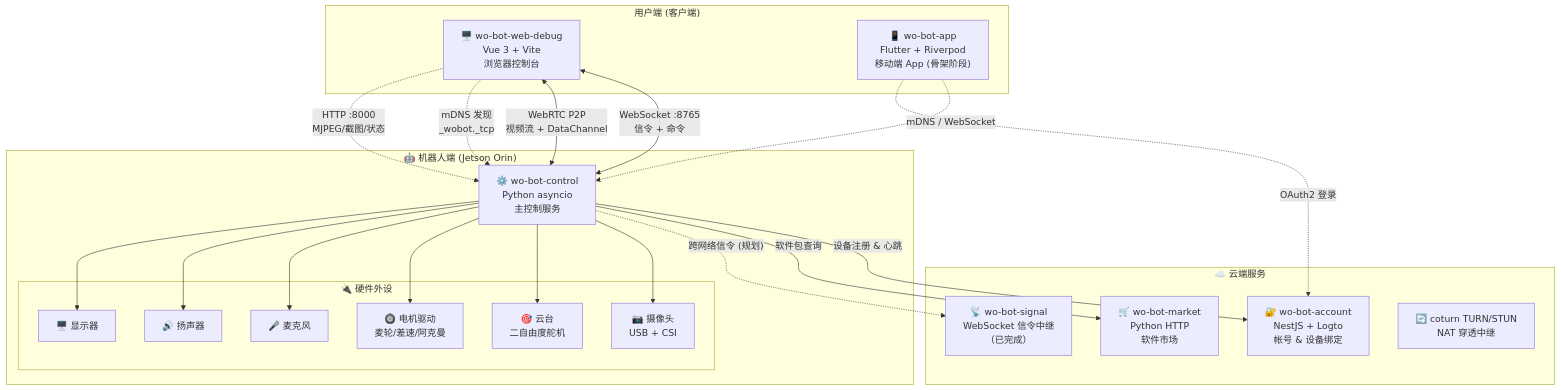
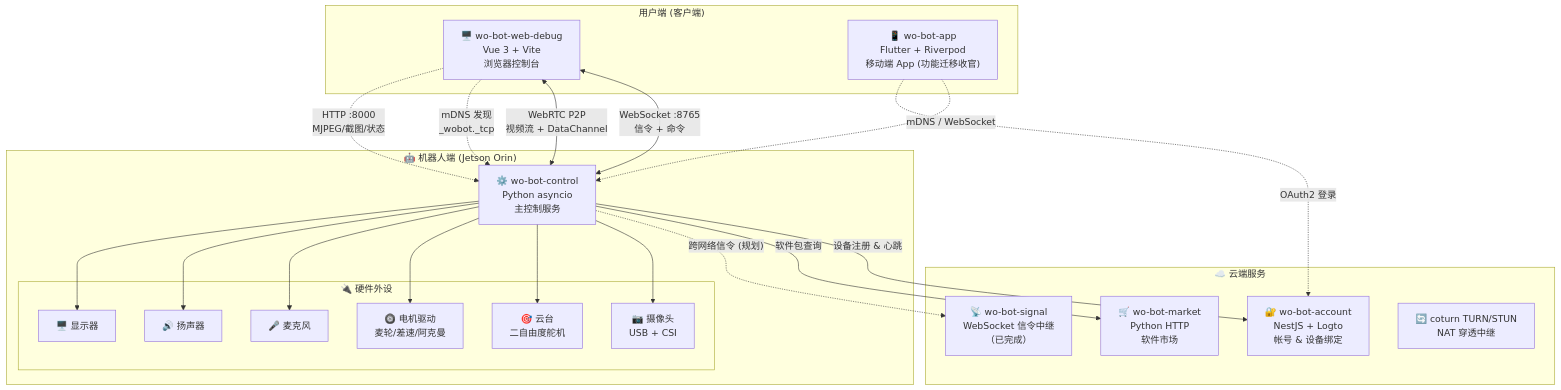
One commit to al96169/wo-bot-wiki changed the first of 17 diagrams in 方案/架构图.md. Above: the diagram before and after it, drawn with Mermaid. The commit also changed 1 other file, not shown here.

Commit message:
docs: 每周进展更新 (2026-09-20) — 本周无新开发活动 + 架构图 App 节点补更功能迁移收官

````diff
--- a/方案/架构图.md
+++ b/方案/架构图.md
@@ -9,45 +9,45 @@
 ```mermaid
 graph TB
     subgraph 用户端["用户端 (客户端)"]
         Web["🖥️ wo-bot-web-debug<br/>Vue 3 + Vite<br/>浏览器控制台"]
-        App["📱 wo-bot-app<br/>Flutter + Riverpod<br/>移动端 App (骨架阶段)"]
+        App["📱 wo-bot-app<br/>Flutter + Riverpod<br/>移动端 App (功能迁移收官)"]
     end
 
     subgraph 云端服务["☁️ 云端服务"]
         Account["🔐 wo-bot-account<br/>NestJS + Logto<br/>帐号 & 设备绑定"]
         Signal["📡 wo-bot-signal<br/>WebSocket 信令中继<br/>（已完成）"]
         Market["🛒 wo-bot-market<br/>Python HTTP<br/>软件市场"]
         TURN["🔄 coturn TURN/STUN<br/>NAT 穿透中继"]
     end
 
     subgraph 机器人端["🤖 机器人端 (Jetson Orin)"]
         Control["⚙️ wo-bot-control<br/>Python asyncio<br/>主控制服务"]
         subgraph 硬件["🔌 硬件外设"]
             Camera["📷 摄像头<br/>USB + CSI"]
             Gimbal["🎯 云台<br/>二自由度舵机"]
             Motor["🛞 电机驱动<br/>麦轮/差速/阿克曼"]
             Mic["🎤 麦克风"]
             Speaker["🔊 扬声器"]
             Display["🖥️ 显示器"]
         end
     end
 
     Web <-->|"WebSocket :8765<br/>信令 + 命令"| Control
     Web <-->|"WebRTC P2P<br/>视频流 + DataChannel"| Control
     Web -.->|"mDNS 发现<br/>_wobot._tcp"| Control
     Web -.->|"HTTP :8000<br/>MJPEG/截图/状态"| Control
 
     Control -->|"设备注册 & 心跳"| Account
     Control -->|"软件包查询"| Market
     Control -.->|"跨网络信令 (规划)"| Signal
 
     Control --> Camera
     Control --> Gimbal
     Control --> Motor
     Control --> Mic
     Control --> Speaker
     Control --> Display
 
     App -.->|"mDNS / WebSocket"| Control
     App -.->|"OAuth2 登录"| Account
 ```
````
